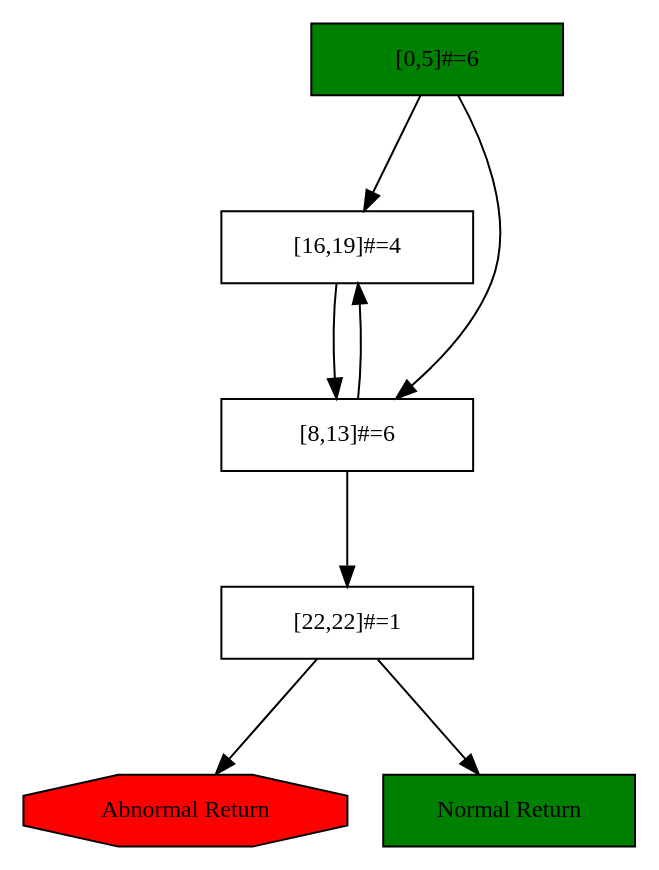
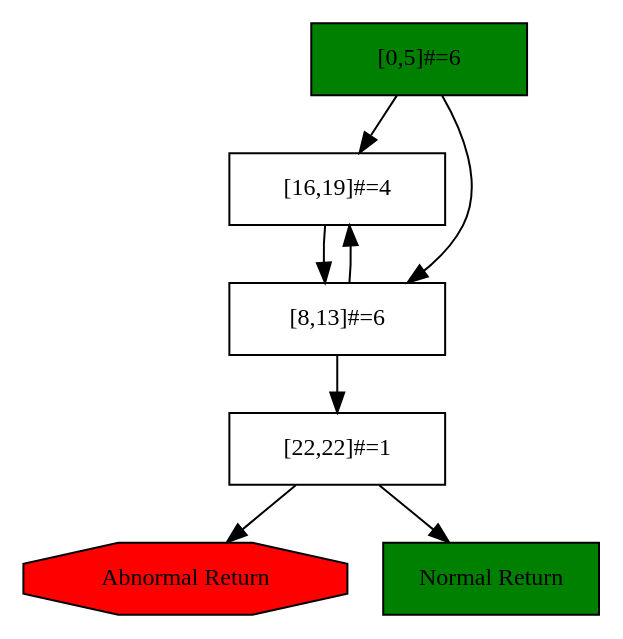
The diagram in 2019/2-Java-Bytecode/Code/IrreducibleM.dot (stg-tud/apsa), drawn with Graphviz before and after one commit. The commit also changed 5 other files, not shown here.

```diff
--- a/2019/2-Java-Bytecode/Code/IrreducibleM.dot
+++ b/2019/2-Java-Bytecode/Code/IrreducibleM.dot
@@ -1,20 +1,20 @@
 digraph G {
 	dir=forward;
-	ranksep=0.8;
+	ranksep=0.4;
 	rankdir=TB;
-	node [shape=box,fontsize=12,width=1.75];
+	node [shape=box,fontsize=12,width=1.5];
 
 	0[style="filled",label="[0,5]#=6",fillcolor="green",labelloc="r"];
 	0 -> 16 [dir=forward];
 	0 -> 8 [dir=forward];
 	16["shape"="box","labelloc"="l","label"="[16,19]#=4"];
 	16 -> 8 [dir=forward];
 	8["shape"="box","labelloc"="l","label"="[8,13]#=6"];
 	8 -> 22 [dir=forward];
 	8 -> 16 [dir=forward];
 	22["shape"="box","labelloc"="l","label"="[22,22]#=1"];
 	22 -> -2 [dir=forward];
 	22 -> -1 [dir=forward];
 	-2["style"="filled","label"="Abnormal Return","fillcolor"="red","labelloc"="l","shape"="octagon"];
 	-1["labelloc"="l","fillcolor"="green","style"="filled","label"="Normal Return"];
 }
```
